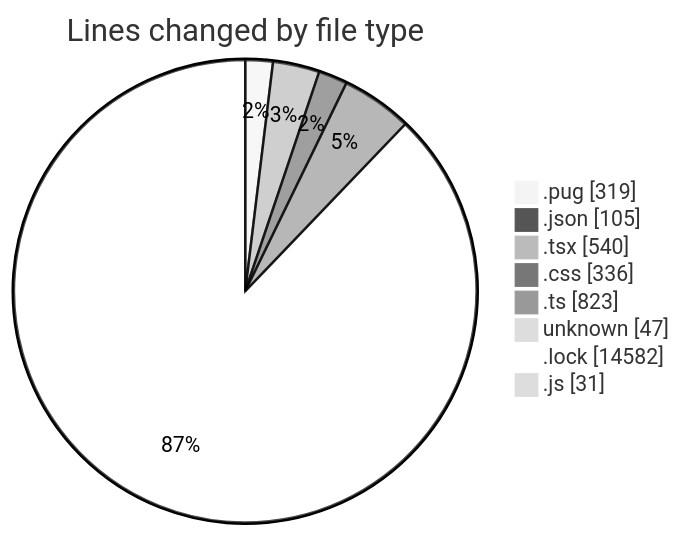
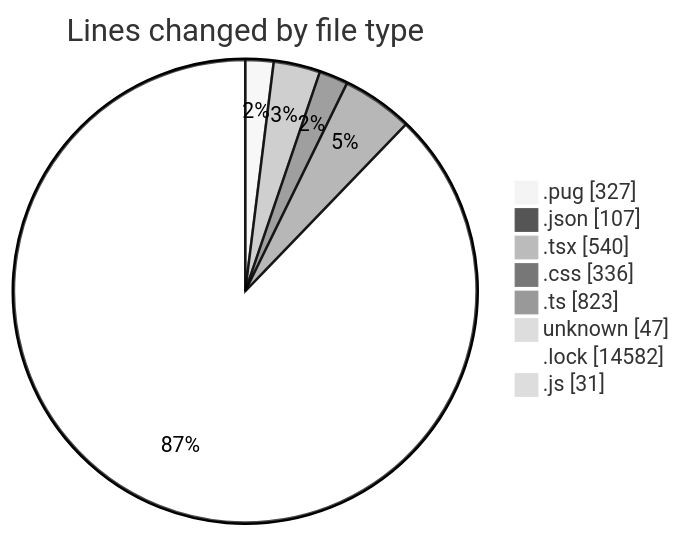
The first of 2 diagrams in 2025-11-04/cda/README.md (momahboobian/code-tracking), drawn with Mermaid (neutral theme) before and after one commit. The commit also changed other lines of this file and 1 other file, not shown here.

````diff
--- a/2025-11-04/cda/README.md
+++ b/2025-11-04/cda/README.md
@@ -33,12 +33,12 @@
 ```mermaid
 pie showData
 title Lines changed by file type
-".pug" : 319
-".json" : 105
+".pug" : 327
+".json" : 107
 ".tsx" : 540
 ".css" : 336
 ".ts" : 823
 "unknown" : 47
 ".lock" : 14582
 ".js" : 31
 ```
````
